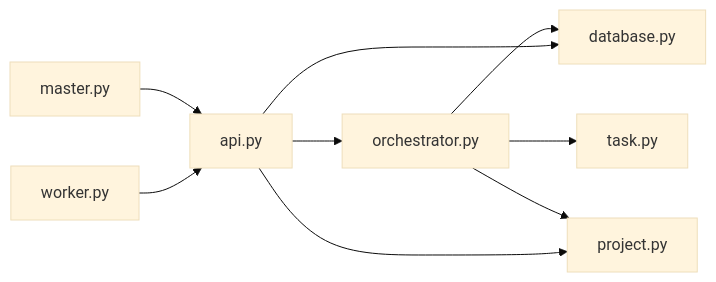
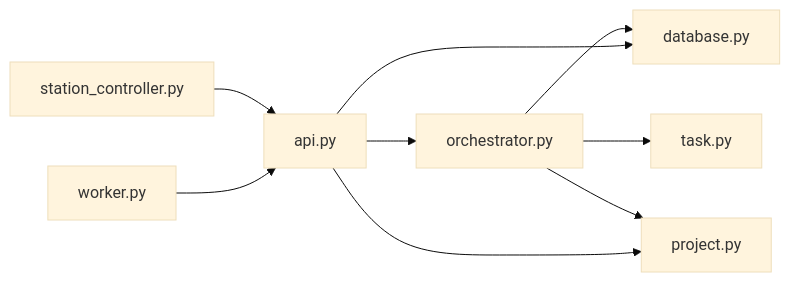
Before and after one commit to targalian/Personal-distributed-workstation: the sixth of 6 diagrams in .qoder/repowiki/zh/content/核心模块/任务编排系统/任务模型设计.md, drawn with Mermaid (base theme). The commit also changed other lines of this file and 63 other files, not shown here.

Commit message:
docs(station): 同步 repo wiki 至 station_controller/station_api 架构

````diff
--- a/.qoder/repowiki/zh/content/核心模块/任务编排系统/任务模型设计.md
+++ b/.qoder/repowiki/zh/content/核心模块/任务编排系统/任务模型设计.md
@@ -425,11 +425,11 @@
 ```mermaid
 graph LR
 ORCH["orchestrator.py"] --> DB["database.py"]
 ORCH --> DAG["task.py"]
 ORCH --> PM["project.py"]
 API["api.py"] --> ORCH
 API --> DB
 API --> PM
-M["master.py"] --> API
+M["station_controller.py"] --> API
 W["worker.py"] --> API
 ```
````
